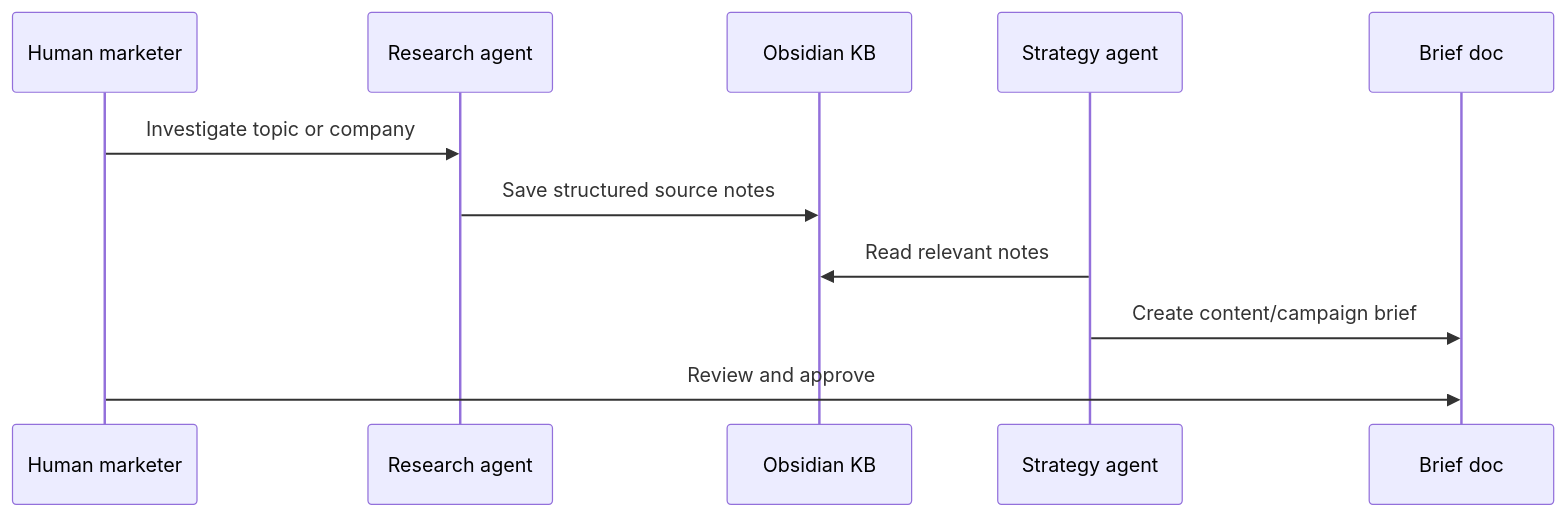
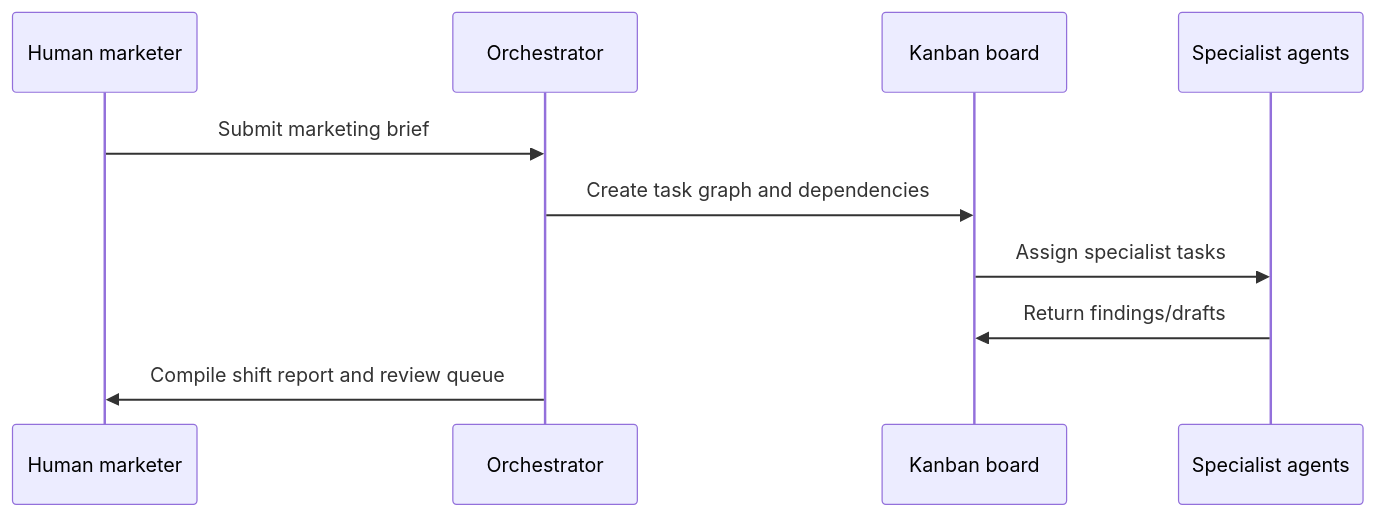
One commit to heisenbotlives/ai-marketing-army changed the diagram in docs/workflows.md. Above: the diagram before and after it, drawn with Mermaid. The commit also changed other lines of this file and 19 other files, not shown here.

Commit message:
docs: align architecture with Hermes Kanban proof of concept

````diff
--- a/docs/workflows.md
+++ b/docs/workflows.md
@@ -5,14 +7,13 @@
 ```mermaid
 sequenceDiagram
     participant Human as Human marketer
-    participant Researcher as Research agent
-    participant KB as Obsidian KB
-    participant Strategist as Strategy agent
-    participant Brief as Brief doc
+    participant Orch as Orchestrator
+    participant Board as Kanban board
+    participant Agents as Specialist agents
 
-    Human->>Researcher: Investigate topic or company
-    Researcher->>KB: Save structured source notes
-    Strategist->>KB: Read relevant notes
-    Strategist->>Brief: Create content/campaign brief
-    Human->>Brief: Review and approve
+    Human->>Orch: Submit marketing brief
+    Orch->>Board: Create task graph and dependencies
+    Board->>Agents: Assign specialist tasks
+    Agents->>Board: Return findings/drafts
+    Orch->>Human: Compile shift report and review queue
 ```
````
